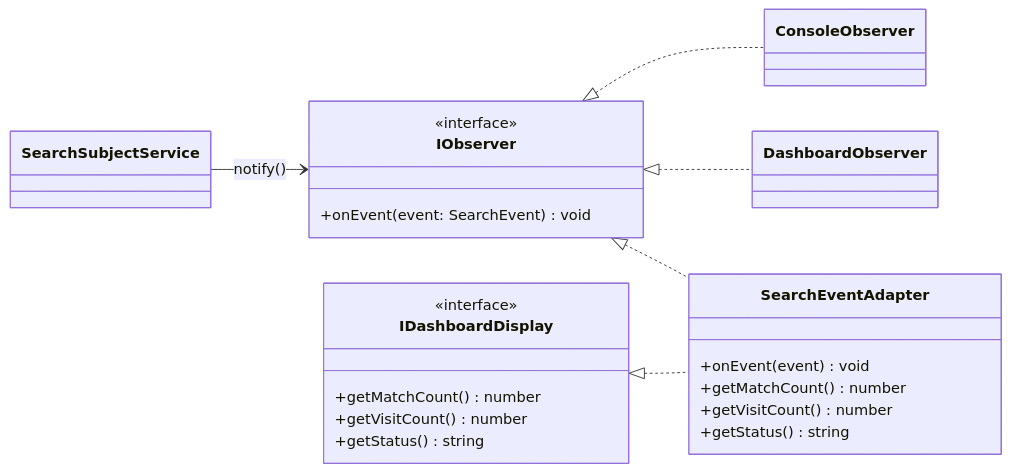
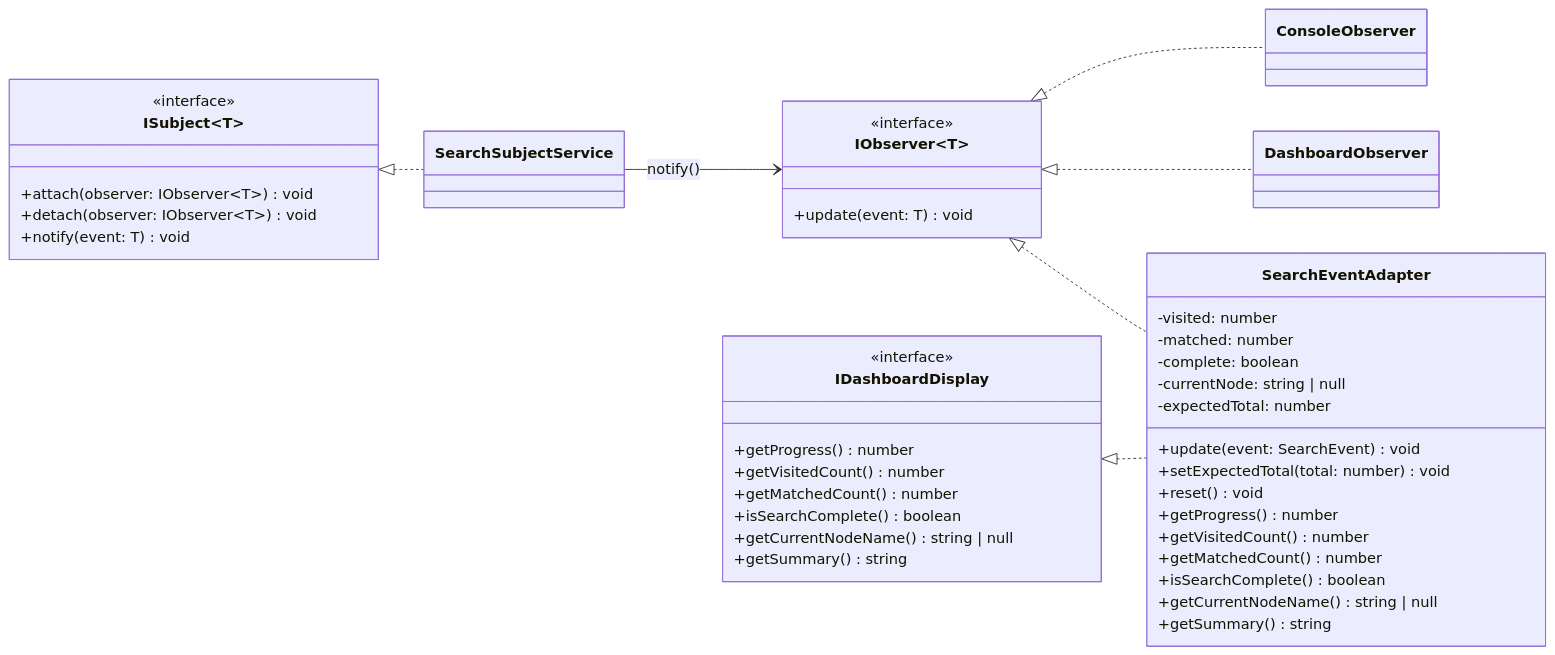
The third of 8 diagrams in README.md (Sean11133/XD), drawn with Mermaid before and after one commit. The commit also changed other lines of this file and 2 other files, not shown here.

Commit message:
docs: align diagrams and redesign ER schema for extensible file types

````diff
--- a/README.md
+++ b/README.md
@@ -482,29 +526,50 @@
 ```mermaid
 classDiagram
     direction LR
 
-    class IObserver {
+  class IObserver~T~ {
         <<interface>>
-        +onEvent(event: SearchEvent) void
+    +update(event: T) void
+  }
+
+  class ISubject~T~ {
+    <<interface>>
+    +attach(observer: IObserver~T~) void
+    +detach(observer: IObserver~T~) void
+    +notify(event: T) void
     }
 
     class IDashboardDisplay {
         <<interface>>
-        +getMatchCount() number
-        +getVisitCount() number
-        +getStatus() string
+    +getProgress() number
+    +getVisitedCount() number
+    +getMatchedCount() number
+    +isSearchComplete() boolean
+    +getCurrentNodeName() string | null
+    +getSummary() string
     }
 
     class SearchEventAdapter {
-        +onEvent(event) void
-        +getMatchCount() number
-        +getVisitCount() number
-        +getStatus() string
+    -visited: number
+    -matched: number
+    -complete: boolean
+    -currentNode: string | null
+    -expectedTotal: number
+    +update(event: SearchEvent) void
+    +setExpectedTotal(total: number) void
+    +reset() void
+    +getProgress() number
+    +getVisitedCount() number
+    +getMatchedCount() number
+    +isSearchComplete() boolean
+    +getCurrentNodeName() string | null
+    +getSummary() string
     }
 
-    IObserver <|.. ConsoleObserver
-    IObserver <|.. DashboardObserver
-    IObserver <|.. SearchEventAdapter
+  ISubject~SearchEvent~ <|.. SearchSubjectService
+    IObserver~SearchEvent~ <|.. ConsoleObserver
+    IObserver~SearchEvent~ <|.. DashboardObserver
+    IObserver~SearchEvent~ <|.. SearchEventAdapter
     IDashboardDisplay <|.. SearchEventAdapter
-    SearchSubjectService --> IObserver : notify()
+  SearchSubjectService --> IObserver~SearchEvent~ : notify()
 ```
````
